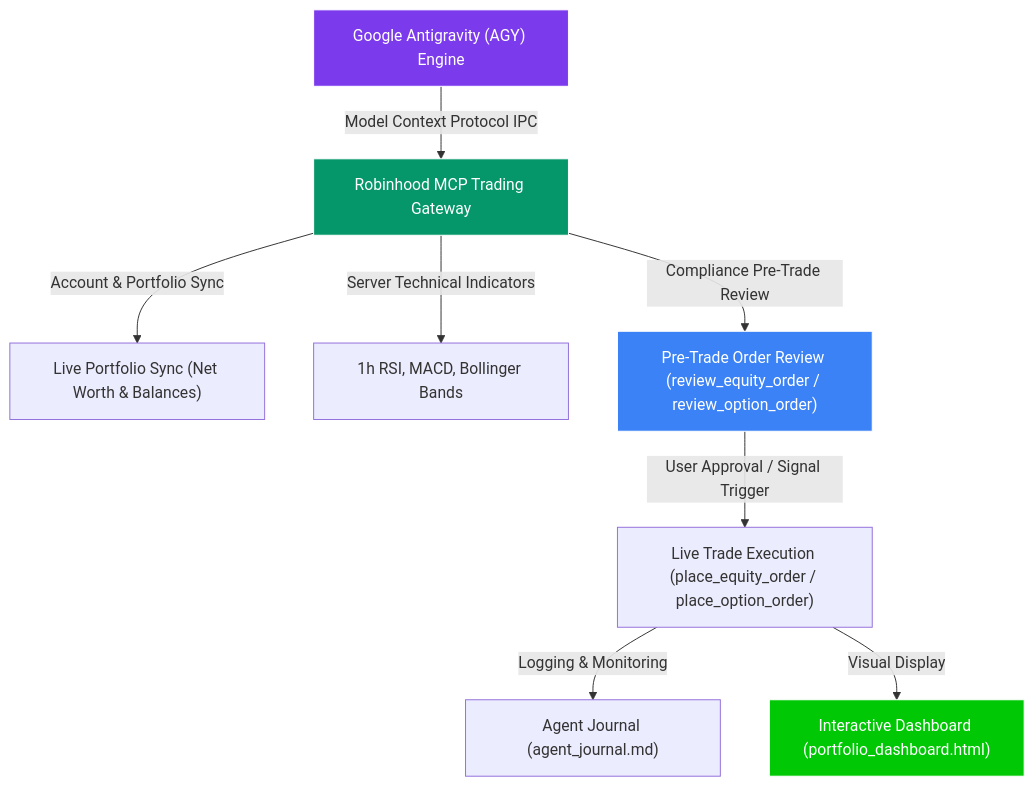
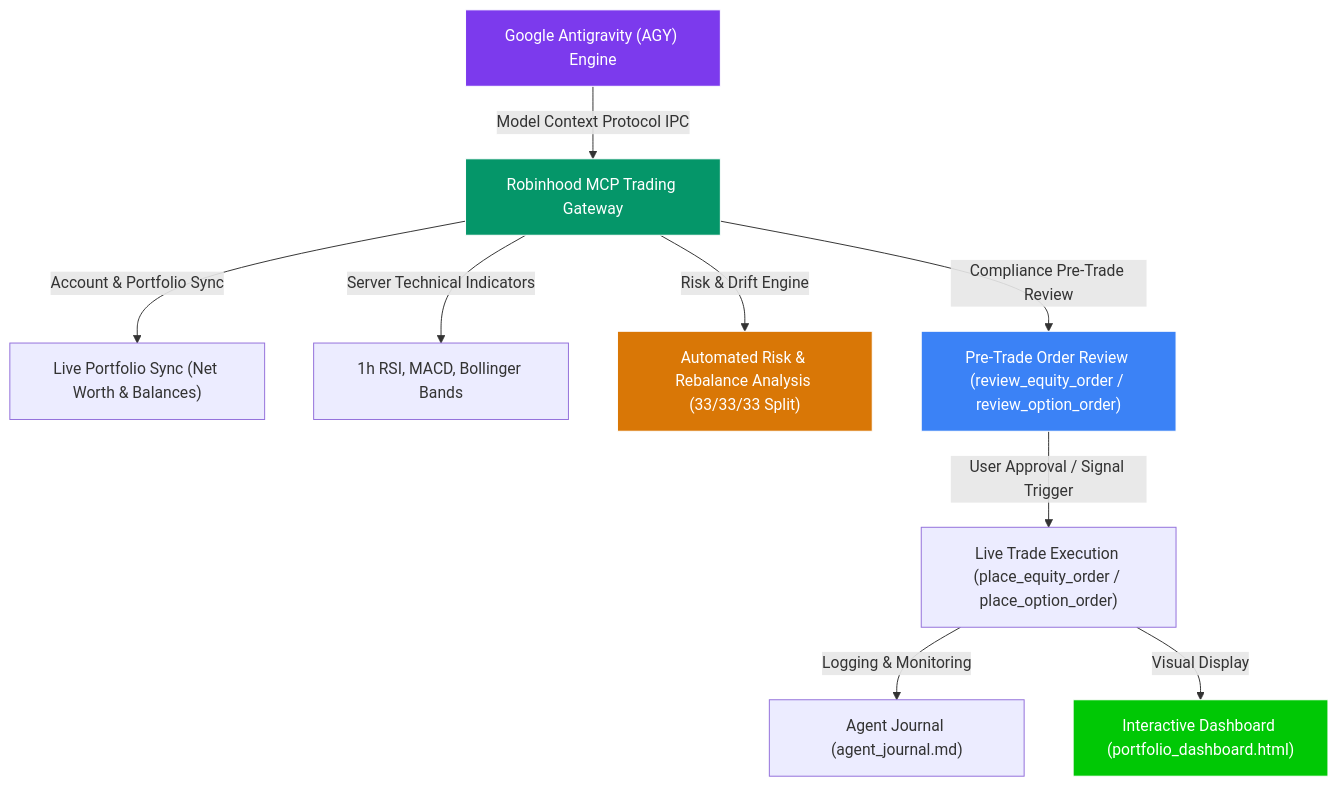
The diagram in README.md (xylaes/robinhood-agentic-trading), drawn with Mermaid before and after one commit. The commit also changed other lines of this file, not shown here.

Commit message:
docs: update README with automated risk exposure and rebalancing module

````diff
--- a/README.md
+++ b/README.md
@@ -27,16 +28,18 @@
 ```mermaid
 graph TD
     AGY["Google Antigravity (AGY) Engine"] -->|Model Context Protocol IPC| MCP["Robinhood MCP Trading Gateway"]
     MCP -->|Account & Portfolio Sync| Portfolio["Live Portfolio Sync (Net Worth & Balances)"]
     MCP -->|Server Technical Indicators| Analytics["1h RSI, MACD, Bollinger Bands"]
+    MCP -->|Risk & Drift Engine| Rebalance["Automated Risk & Rebalance Analysis (33/33/33 Split)"]
     MCP -->|Compliance Pre-Trade Review| Simulation["Pre-Trade Order Review (review_equity_order / review_option_order)"]
     
     Simulation -->|User Approval / Signal Trigger| Execution["Live Trade Execution (place_equity_order / place_option_order)"]
     Execution -->|Logging & Monitoring| Journal["Agent Journal (agent_journal.md)"]
     Execution -->|Visual Display| Dashboard["Interactive Dashboard (portfolio_dashboard.html)"]
 
     style AGY fill:#7c3aed,stroke:#fff,color:#fff
     style MCP fill:#059669,stroke:#fff,color:#fff
+    style Rebalance fill:#d97706,stroke:#fff,color:#fff
     style Simulation fill:#3b82f6,stroke:#fff,color:#fff
     style Dashboard fill:#00c805,stroke:#fff,color:#fff
 ```
````
